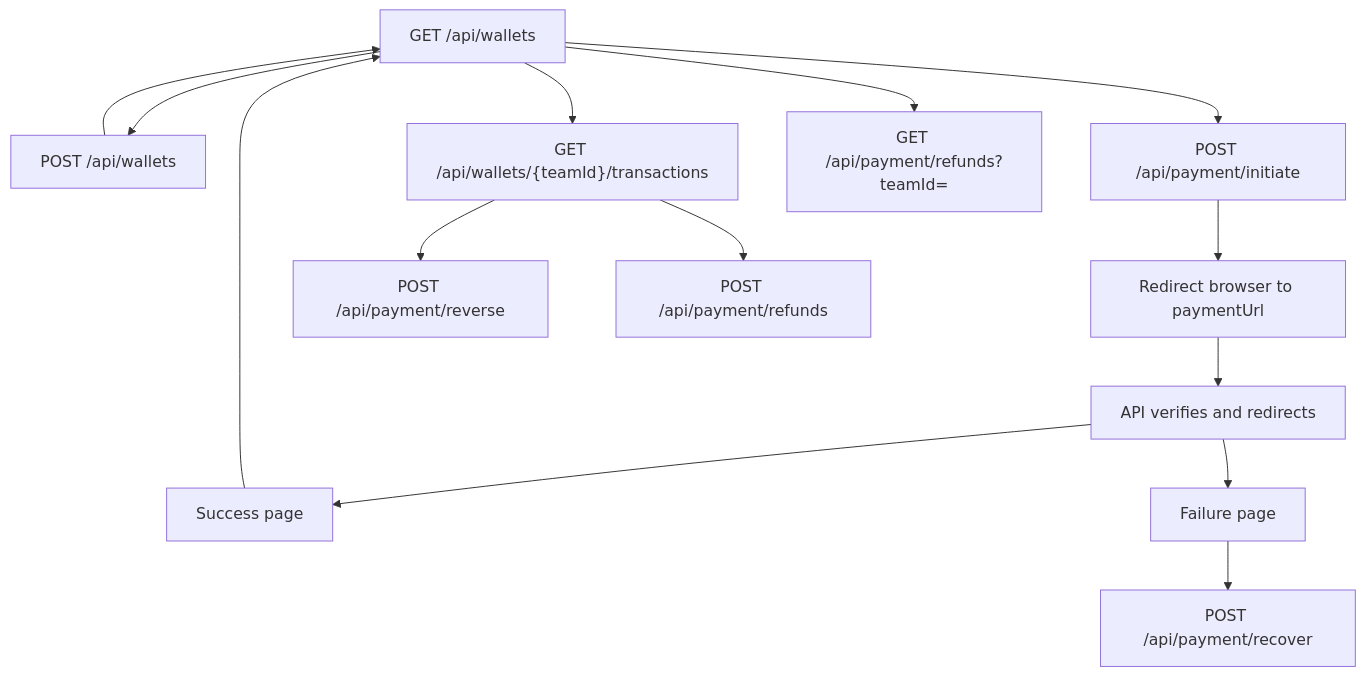
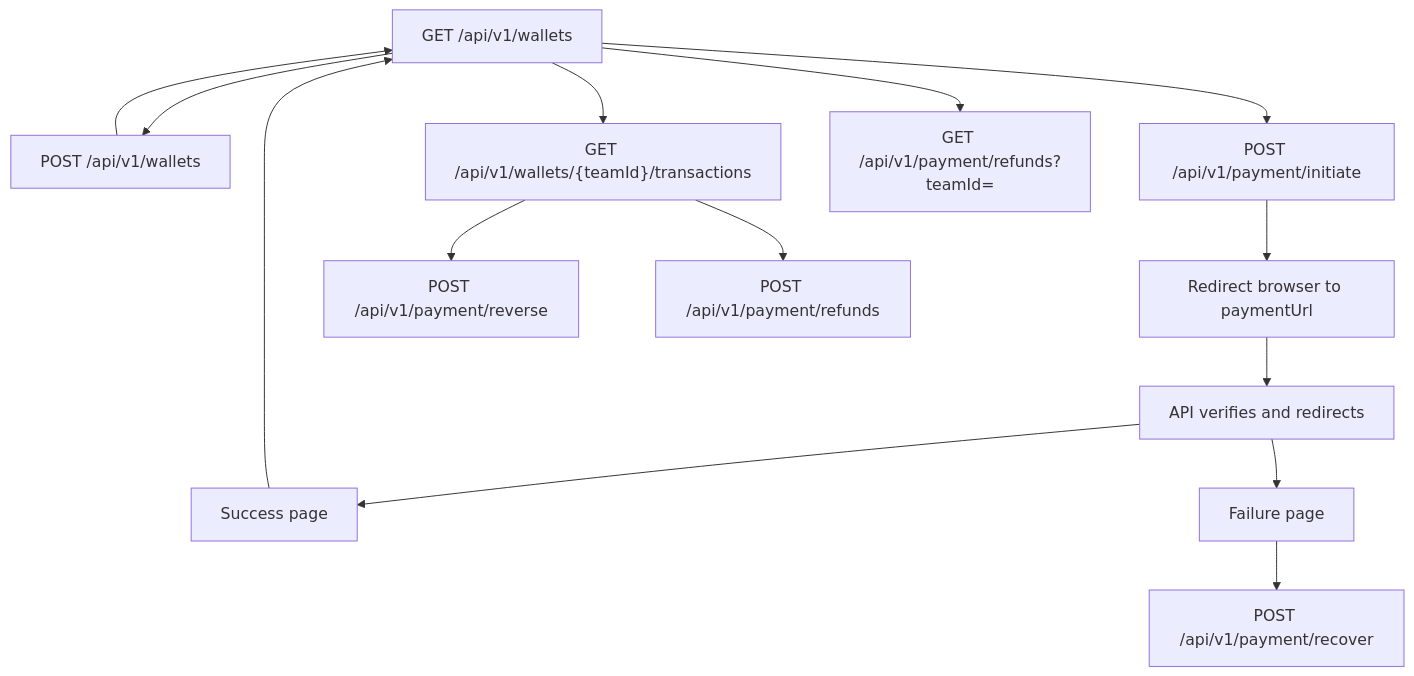
One commit to amirtaqiabadi/frontend-starter-kit changed the diagram in docs/frontend-wallet.md. Above: the diagram before and after it, drawn with Mermaid. The commit also changed other lines of this file and 7 other files, not shown here.

````diff
--- a/docs/frontend-wallet.md
+++ b/docs/frontend-wallet.md
@@ -85,16 +85,16 @@
 ```mermaid
 flowchart TD
-  list["GET /api/wallets"] --> create["POST /api/wallets"]
-  list --> charge["POST /api/payment/initiate"]
+  list["GET /api/v1/wallets"] --> create["POST /api/v1/wallets"]
+  list --> charge["POST /api/v1/payment/initiate"]
   create --> list
   charge --> bank[Redirect browser to paymentUrl]
   bank --> callback[API verifies and redirects]
   callback --> success[Success page]
   callback --> failure[Failure page]
   success --> list
-  failure --> recover["POST /api/payment/recover"]
-  list --> history["GET /api/wallets/{teamId}/transactions"]
-  history --> reverse["POST /api/payment/reverse"]
-  history --> refund["POST /api/payment/refunds"]
-  list --> refunds["GET /api/payment/refunds?teamId="]
+  failure --> recover["POST /api/v1/payment/recover"]
+  list --> history["GET /api/v1/wallets/{teamId}/transactions"]
+  history --> reverse["POST /api/v1/payment/reverse"]
+  history --> refund["POST /api/v1/payment/refunds"]
+  list --> refunds["GET /api/v1/payment/refunds?teamId="]
 ```
````
